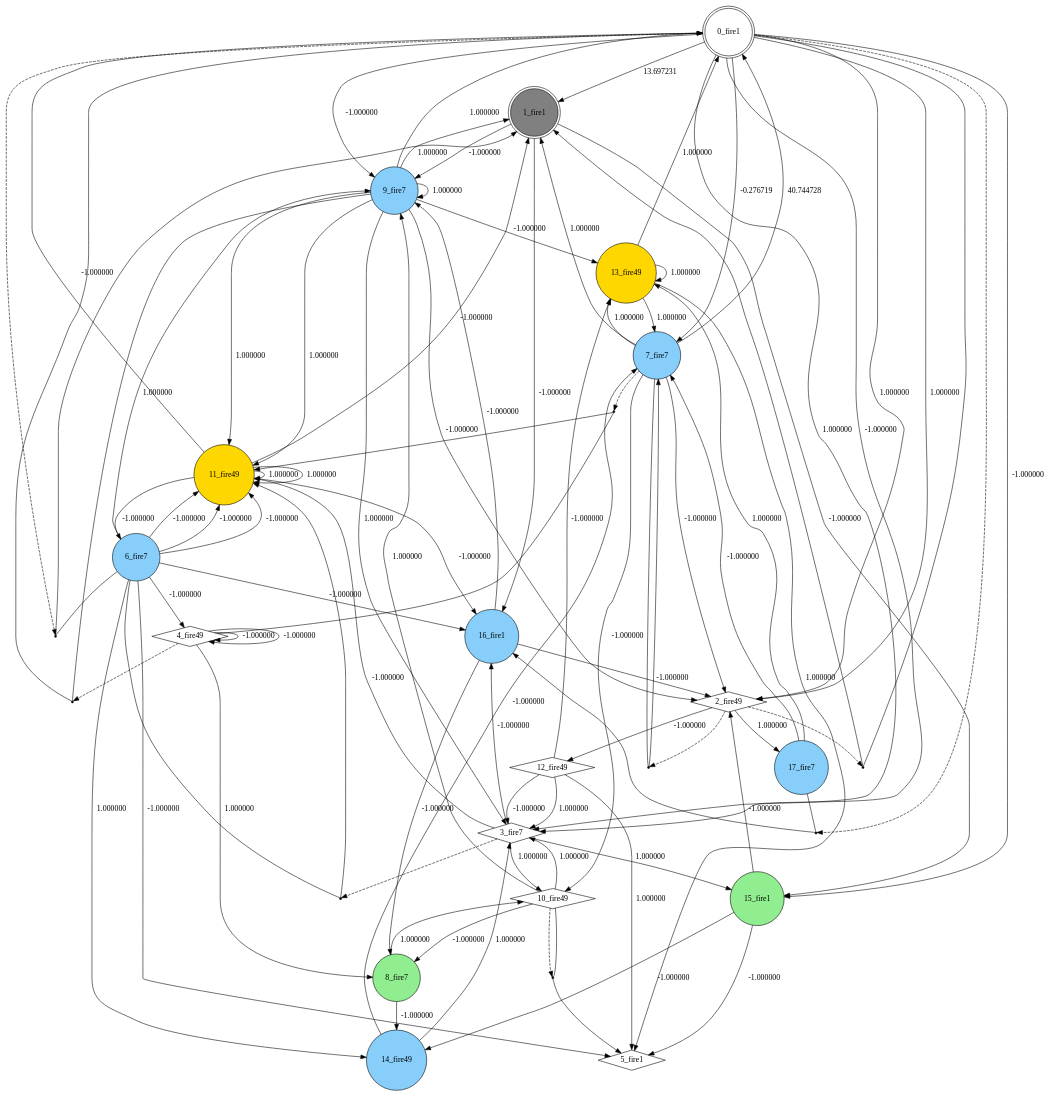
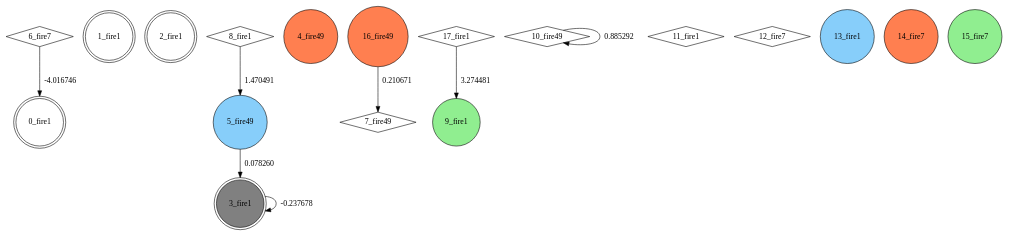
The diagram in best_individual.dot (yi1306c12/suna_c), drawn with Graphviz before and after one commit. The commit also changed 4 other files, not shown here.

```diff
--- a/best_individual.dot
+++ b/best_individual.dot
@@ -1,123 +1,28 @@
 digraph G {
  node[shape = circle]
 0 [label="0_fire1",shape=doublecircle]
-1 [label="1_fire1",shape=doublecircle, style=filled, fillcolor=gray]
-2 [label="2_fire49",shape=diamond]
-3 [label="3_fire7",shape=diamond]
-4 [label="4_fire49",shape=diamond]
-5 [label="5_fire1",shape=diamond]
-6 [label="6_fire7",style=filled, fillcolor=lightskyblue]
-7 [label="7_fire7",style=filled, fillcolor=lightskyblue]
-8 [label="8_fire7",style=filled, fillcolor=lightgreen]
-9 [label="9_fire7",style=filled, fillcolor=lightskyblue]
+1 [label="1_fire1",shape=doublecircle]
+2 [label="2_fire1",shape=doublecircle]
+3 [label="3_fire1",shape=doublecircle, style=filled, fillcolor=gray]
+4 [label="4_fire49",style=filled, fillcolor=coral]
+5 [label="5_fire49",style=filled, fillcolor=lightskyblue]
+6 [label="6_fire7",shape=diamond]
+7 [label="7_fire49",shape=diamond]
+8 [label="8_fire1",shape=diamond]
+9 [label="9_fire1",style=filled, fillcolor=lightgreen]
 10 [label="10_fire49",shape=diamond]
-11 [label="11_fire49",style=filled, fillcolor=gold]
-12 [label="12_fire49",shape=diamond]
-13 [label="13_fire49",style=filled, fillcolor=gold]
-14 [label="14_fire49",style=filled, fillcolor=lightskyblue]
-15 [label="15_fire1",style=filled, fillcolor=lightgreen]
-16 [label="16_fire1",style=filled, fillcolor=lightskyblue]
-17 [label="17_fire7",style=filled, fillcolor=lightskyblue]
-0 -> 1 [label="13.697231"]
-3 -> 10 [label="1.000000"]
-0 -> 7 [label="-0.276719"]
-11 -> 11 [label="1.000000"]
-19 [shape=point, label=""]
-3 -> 19 [style=dashed] 
-6 -> 19 [dir=none]
-19 -> 11 
-20 [shape=point, label=""]
-2 -> 20 [style=dashed] 
-0 -> 20 [dir=none]
-20 -> 1 
-13 -> 13 [label="1.000000"]
-9 -> 13 [label="-1.000000"]
-12 -> 3 [label="1.000000"]
-21 [shape=point, label=""]
-4 -> 21 [style=dashed] 
-9 -> 21 [dir=none]
-21 -> 0 
-22 [shape=point, label=""]
-10 -> 22 [style=dashed] 
-10 -> 22 [dir=none]
-22 -> 5 
-8 -> 14 [label="-1.000000"]
-7 -> 0 [label="40.744728"]
-23 [shape=point, label=""]
-0 -> 23 [style=dashed] 
-6 -> 23 [dir=none]
-23 -> 1 
-0 -> 15 [label="-1.000000"]
-10 -> 9 [label="1.000000"]
-7 -> 10 [label="-1.000000"]
-0 -> 9 [label="-1.000000"]
-0 -> 2 [label="1.000000"]
-6 -> 11 [label="-1.000000"]
-9 -> 0 [label="1.000000"]
-9 -> 11 [label="1.000000"]
-3 -> 11 [label="-1.000000"]
-3 -> 16 [label="-1.000000"]
-24 [shape=point, label=""]
-2 -> 24 [style=dashed] 
-7 -> 24 [dir=none]
-24 -> 7 
-12 -> 13 [label="-1.000000"]
-9 -> 11 [label="1.000000"]
-11 -> 6 [label="-1.000000"]
-1 -> 15 [label="-1.000000"]
-10 -> 3 [label="1.000000"]
-25 [shape=point, label=""]
-7 -> 25 [style=dashed] 
-4 -> 25 [dir=none]
-25 -> 11 
-9 -> 3 [label="1.000000"]
-12 -> 3 [label="-1.000000"]
-9 -> 1 [label="1.000000"]
-6 -> 5 [label="-1.000000"]
-11 -> 0 [label="-1.000000"]
-6 -> 9 [label="1.000000"]
-16 -> 8 [label="-1.000000"]
-11 -> 1 [label="-1.000000"]
-6 -> 11 [label="-1.000000"]
-7 -> 1 [label="1.000000"]
-9 -> 9 [label="1.000000"]
-13 -> 0 [label="1.000000"]
-3 -> 15 [label="1.000000"]
-6 -> 14 [label="1.000000"]
-0 -> 3 [label="-1.000000"]
-0 -> 3 [label="1.000000"]
-10 -> 8 [label="-1.000000"]
-14 -> 7 [label="-1.000000"]
-6 -> 11 [label="-1.000000"]
-6 -> 4 [label="-1.000000"]
-13 -> 7 [label="1.000000"]
-14 -> 3 [label="1.000000"]
-15 -> 14 [label="-1.000000"]
-8 -> 10 [label="1.000000"]
-15 -> 2 [label="-1.000000"]
-1 -> 16 [label="-1.000000"]
-17 -> 13 [label="1.000000"]
-13 -> 5 [label="1.000000"]
-16 -> 9 [label="-1.000000"]
-7 -> 13 [label="1.000000"]
-4 -> 4 [label="-1.000000"]
-2 -> 17 [label="1.000000"]
-4 -> 4 [label="-1.000000"]
-0 -> 2 [label="1.000000"]
-2 -> 12 [label="-1.000000"]
-9 -> 2 [label="-1.000000"]
-1 -> 9 [label="-1.000000"]
-4 -> 8 [label="1.000000"]
-7 -> 2 [label="-1.000000"]
-11 -> 11 [label="1.000000"]
-26 [shape=point, label=""]
-0 -> 26 [style=dashed] 
-17 -> 26 [dir=none]
-26 -> 16 
-17 -> 7 [label="-1.000000"]
-15 -> 5 [label="-1.000000"]
-16 -> 2 [label="-1.000000"]
-6 -> 16 [label="-1.000000"]
-11 -> 16 [label="-1.000000"]
-12 -> 5 [label="1.000000"]
+11 [label="11_fire1",shape=diamond]
+12 [label="12_fire7",shape=diamond]
+13 [label="13_fire1",style=filled, fillcolor=lightskyblue]
+14 [label="14_fire7",style=filled, fillcolor=coral]
+15 [label="15_fire7",style=filled, fillcolor=lightgreen]
+16 [label="16_fire49",style=filled, fillcolor=coral]
+17 [label="17_fire1",shape=diamond]
+16 -> 7 [label="0.210671"]
+5 -> 3 [label="0.078260"]
+10 -> 10 [label="0.885292"]
+17 -> 9 [label="3.274481"]
+6 -> 0 [label="-4.016746"]
+8 -> 5 [label="1.470491"]
+3 -> 3 [label="-0.237678"]
 }
```
